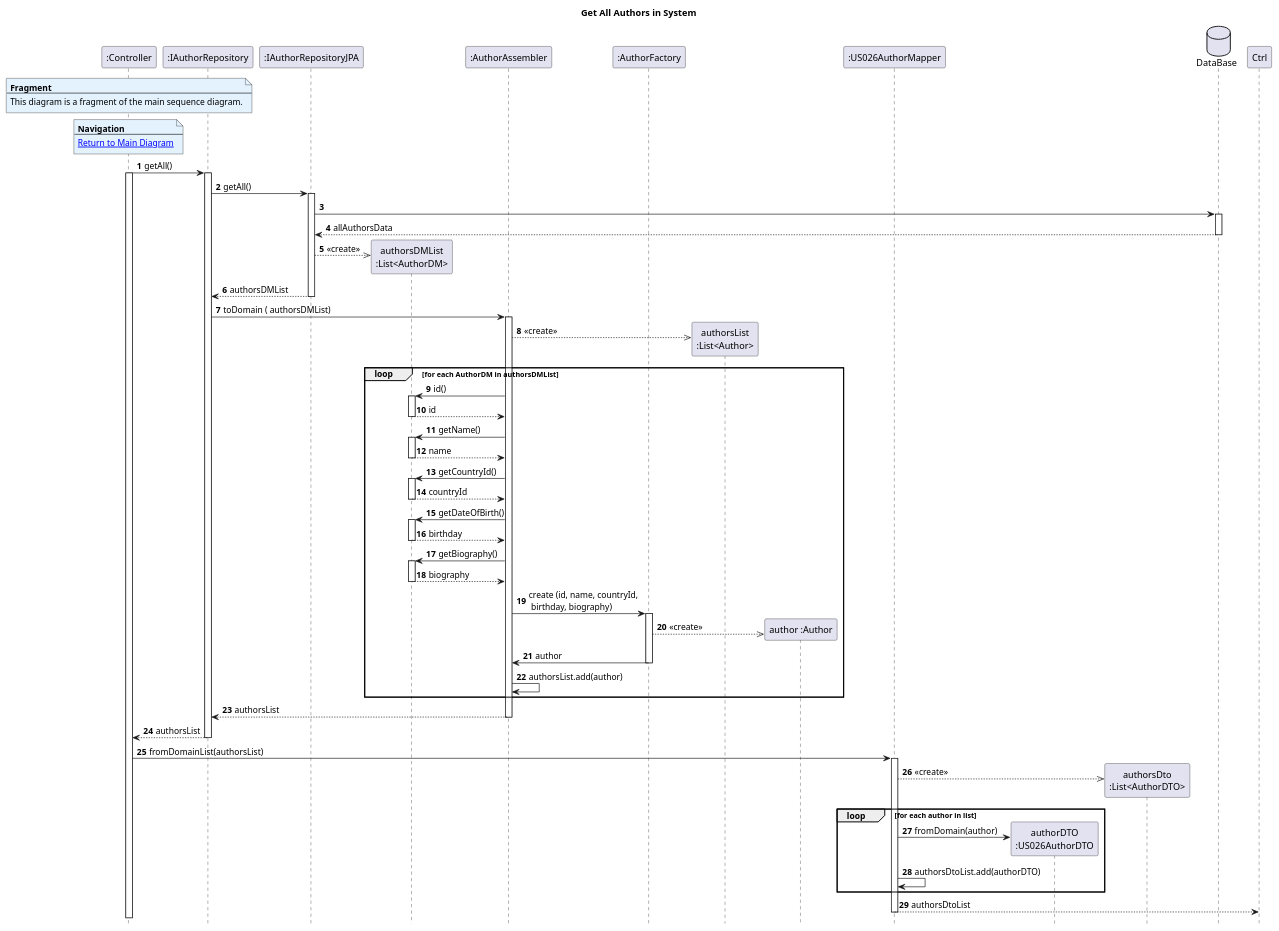
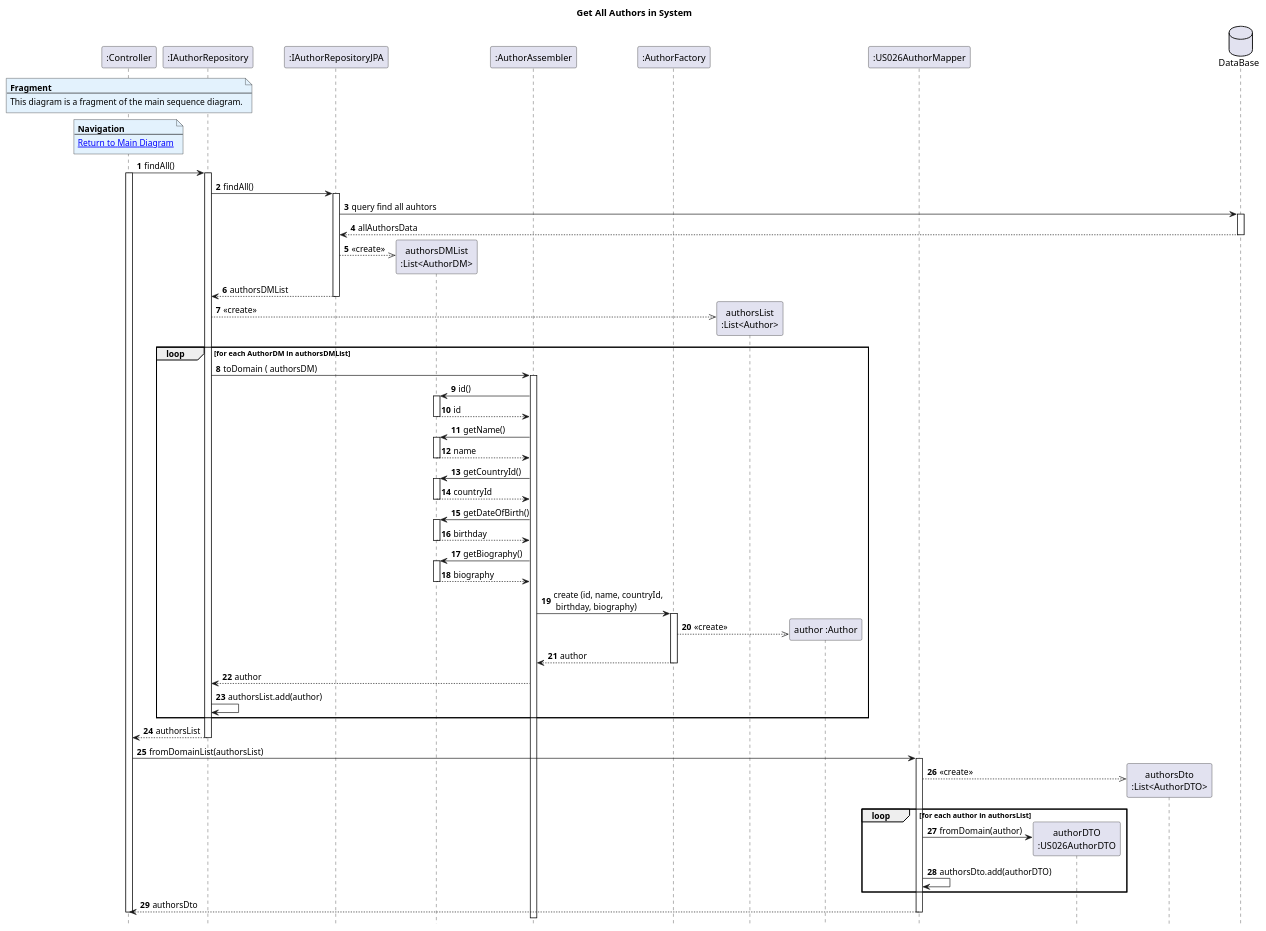
The diagram in Diagrams/SequenceDiagrams/N2/To-get-list-of-items-in-auction-of-a-given-author/2.GetAllAuthors.puml (AndrePereiraGitH/SWitCH-Project-Team_A), drawn with PlantUML before and after one commit. The commit also changed 4 other files, not shown here.

```diff
--- a/Diagrams/SequenceDiagrams/N2/To-get-list-of-items-in-auction-of-a-given-author/2.GetAllAuthors.puml
+++ b/Diagrams/SequenceDiagrams/N2/To-get-list-of-items-in-auction-of-a-given-author/2.GetAllAuthors.puml
@@ -1,126 +1,130 @@
 @startuml
 hide footbox
 autonumber
 title Get All Authors in System
 
 
 
 participant ":Controller" as ctrl
 participant ":IAuthorRepository" as authorRepo
 participant ":IAuthorRepositoryJPA" as authorRepoJpa
 participant "authorsDMList\n:List<AuthorDM>" as authorsDMList
 
 participant ":AuthorAssembler" as authorAssembler
 
 participant ":AuthorFactory" as authorFactory
 
 participant "authorsList\n:List<Author>" as authorsList
 
 participant "author :Author" as author
 
 participant ":US026AuthorMapper" as AuthorMapper
 
 
 participant "authorDTO\n:US026AuthorDTO" as AuthorDTO
 participant "authorsDto\n:List<AuthorDTO>" as AuthorsListDto
 
 database "DataBase" as db
 
 note over ctrl #E3F2FD
 <b>Fragment</b>
 ---
 This diagram is a fragment of the main sequence diagram.
 end note
 
 note over ctrl #E3F2FD
 <b>Navigation</b>
 ---
 [[1.MainDiagram.puml Return to Main Diagram]]
 end note
 
 ' -------- Get All Authors in System --------
-ctrl -> authorRepo : getAll()
+ctrl -> authorRepo : findAll()
 activate ctrl
 activate authorRepo
 
-authorRepo -> authorRepoJpa : getAll()
+authorRepo -> authorRepoJpa : findAll()
 activate authorRepoJpa
-authorRepoJpa -> db
+authorRepoJpa -> db : query find all auhtors
 activate db
 db --> authorRepoJpa : allAuthorsData
 deactivate db
 authorRepoJpa -->> authorsDMList** : <<create>>
 authorRepoJpa --> authorRepo : authorsDMList
 deactivate authorRepoJpa
 
 
 ' ----- CONVERT DM TO DOMAIN ---------------
 
-authorRepo -> authorAssembler : toDomain ( authorsDMList)
-activate authorAssembler
 
-authorAssembler -->> authorsList ** : <<create>>
+
+authorRepo -->> authorsList ** : <<create>>
 
 loop for each AuthorDM in authorsDMList
+
+    authorRepo -> authorAssembler : toDomain ( authorsDM)
+    activate authorAssembler
 
     authorAssembler -> authorsDMList : id()
     activate authorsDMList
     authorsDMList --> authorAssembler : id
     deactivate authorsDMList
 
     authorAssembler -> authorsDMList : getName()
     activate authorsDMList
     authorsDMList --> authorAssembler : name
     deactivate authorsDMList
 
     authorAssembler -> authorsDMList : getCountryId()
     activate authorsDMList
     authorsDMList --> authorAssembler : countryId
     deactivate authorsDMList
 
     authorAssembler -> authorsDMList : getDateOfBirth()
     activate authorsDMList
     authorsDMList --> authorAssembler : birthday
     deactivate authorsDMList
 
     authorAssembler -> authorsDMList : getBiography()
     activate authorsDMList
     authorsDMList --> authorAssembler : biography
     deactivate authorsDMList
 
     authorAssembler -> authorFactory : create (id, name, countryId,\n birthday, biography)
     activate authorFactory
 
     authorFactory -->> author ** : <<create>>
-    authorFactory -> authorAssembler : author
+    authorFactory --> authorAssembler : author
     deactivate authorFactory
 
-    authorAssembler -> authorAssembler : authorsList.add(author)
+    authorAssembler --> authorRepo : author
+
+    authorRepo -> authorRepo : authorsList.add(author)
+
 
 end loop
 
 
 deactivate authorFactory
-authorAssembler --> authorRepo : authorsList
-deactivate authorAssembler
+
 
 
 authorRepo --> ctrl : authorsList
 deactivate authorRepo
 
 
 '------ Convert List of Authors into DTO --------
 ctrl -> AuthorMapper : fromDomainList(authorsList)
 activate AuthorMapper
 AuthorMapper -->> AuthorsListDto ** : <<create>>
 
-loop for each author in list
+loop for each author in authorsList
     AuthorMapper -> AuthorDTO ** : fromDomain(author)
-    AuthorMapper -> AuthorMapper : authorsDtoList.add(authorDTO)
+    AuthorMapper -> AuthorMapper : authorsDto.add(authorDTO)
 end
 
-AuthorMapper --> Ctrl : authorsDtoList
+AuthorMapper --> ctrl : authorsDto
 deactivate AuthorMapper
 
-deactivate Ctrl
+deactivate ctrl
 @enduml
```
